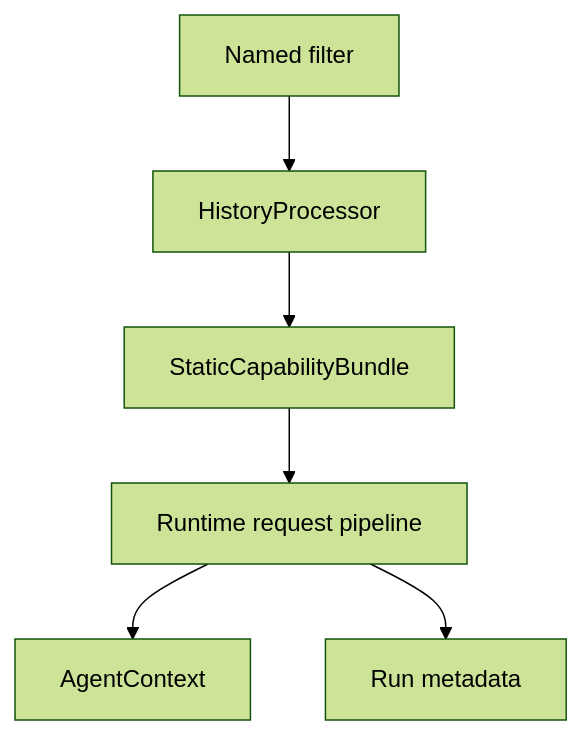
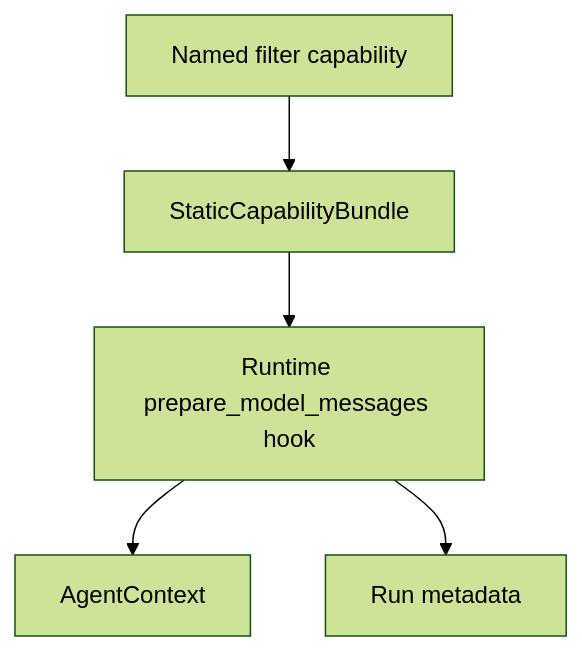
One commit to Wh1isper/starweaver changed the first of 2 diagrams in spec/sdk/05-sdk-integration-map.md. Above: the diagram before and after it, drawn with Mermaid (forest theme). The commit also changed other lines of this file and 48 other files, not shown here.

````diff
--- a/spec/sdk/05-sdk-integration-map.md
+++ b/spec/sdk/05-sdk-integration-map.md
@@ -38,15 +38,13 @@
 ```mermaid
 flowchart TD
-    filter[Named filter]
-    processor[HistoryProcessor]
-    capability[StaticCapabilityBundle]
-    runtime[Runtime request pipeline]
+    filter[Named filter capability]
+    bundle[StaticCapabilityBundle]
+    runtime[Runtime prepare_model_messages hook]
     context[AgentContext]
     metadata[Run metadata]
 
-    filter --> processor
-    processor --> capability
-    capability --> runtime
+    filter --> bundle
+    bundle --> runtime
     runtime --> context
     runtime --> metadata
 ```
````
